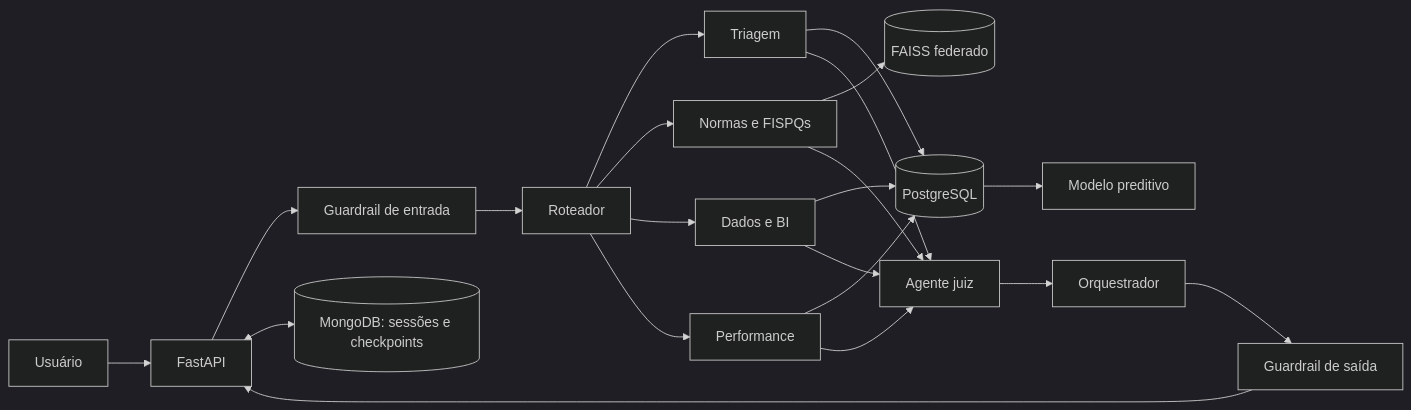
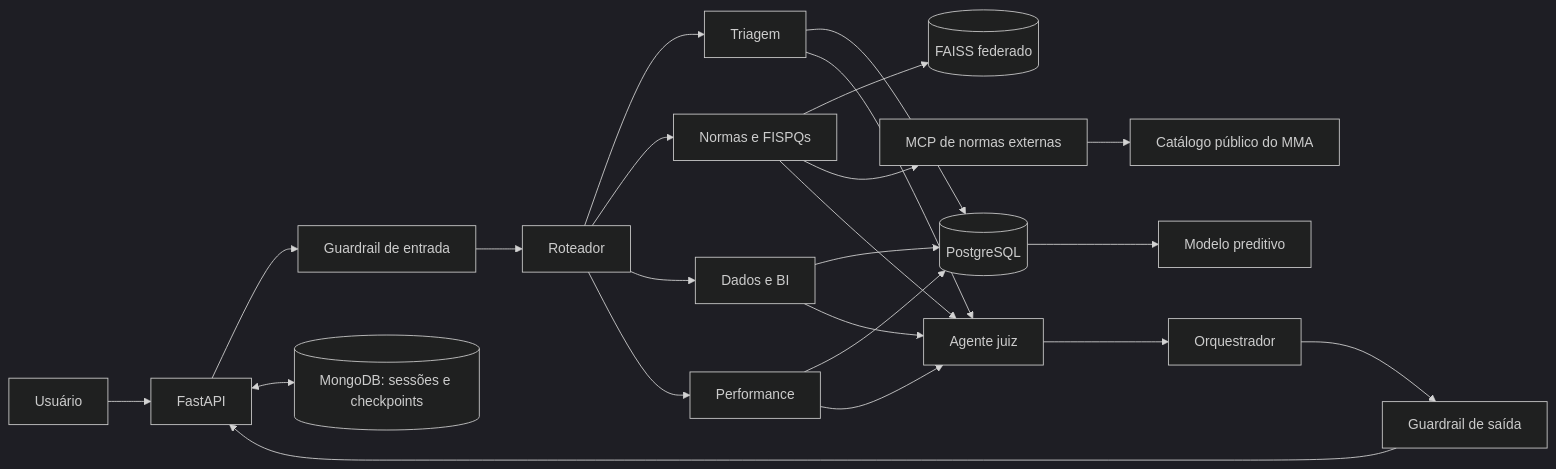
One commit to app-volta/volta-chatbot changed the diagram in README.md. Above: the diagram before and after it, drawn with Mermaid (dark theme). The commit also changed other lines of this file and 9 other files, not shown here.

Commit message:
feat(SCRUM-1942): integrar MCP para detalhar normas ambientais

```diff
--- a/README.md
+++ b/README.md
@@ -23,23 +23,25 @@
 ~~~mermaid
 flowchart LR
     U[Usuário] --> API[FastAPI]
     API --> GI[Guardrail de entrada]
     GI --> R[Roteador]
     R --> T[Triagem]
     R --> N[Normas e FISPQs]
     R --> D[Dados e BI]
     R --> P[Performance]
     T --> SQL[(PostgreSQL)]
     D --> SQL
     P --> SQL
     SQL --> PR[Modelo preditivo]
     N --> RAG[(FAISS federado)]
+    N --> MCP[MCP de normas externas]
+    MCP --> MMA[Catálogo público do MMA]
     T --> J[Agente juiz]
     N --> J
     D --> J
     P --> J
     J --> O[Orquestrador]
     O --> GO[Guardrail de saída]
     GO --> API
     API <--> M[(MongoDB: sessões e checkpoints)]
 ~~~
```
